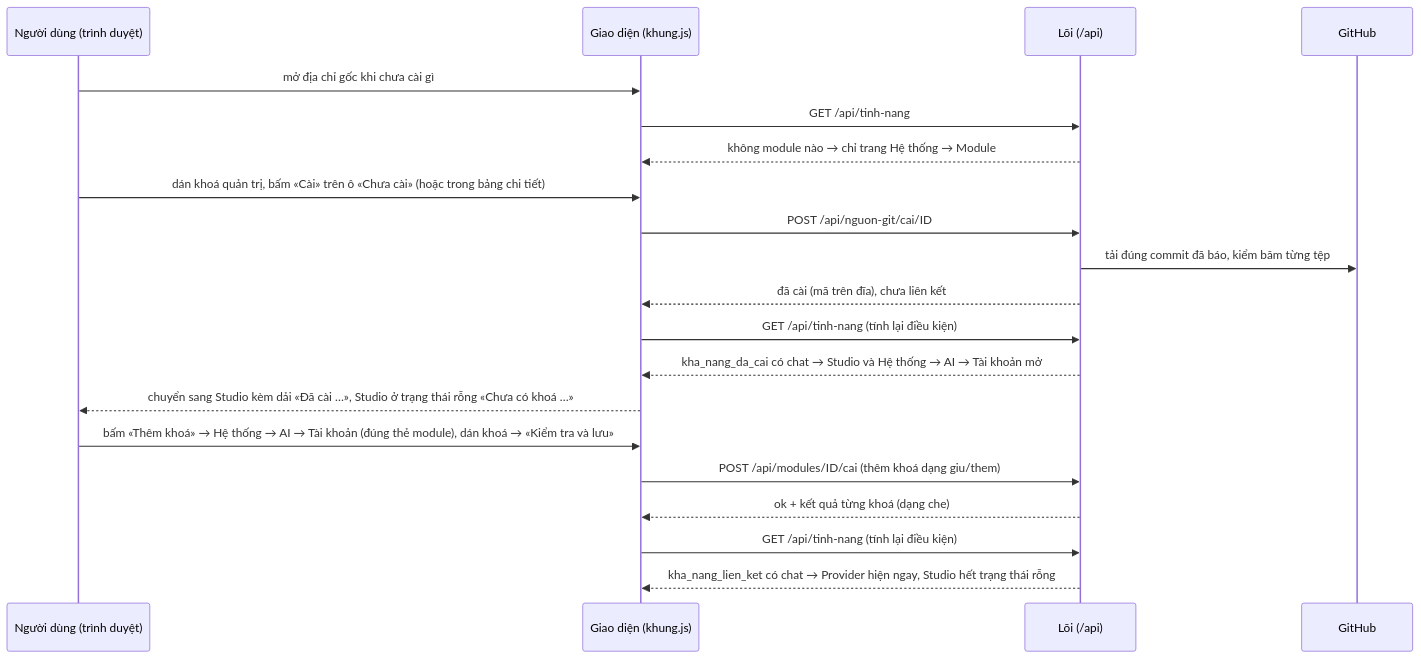
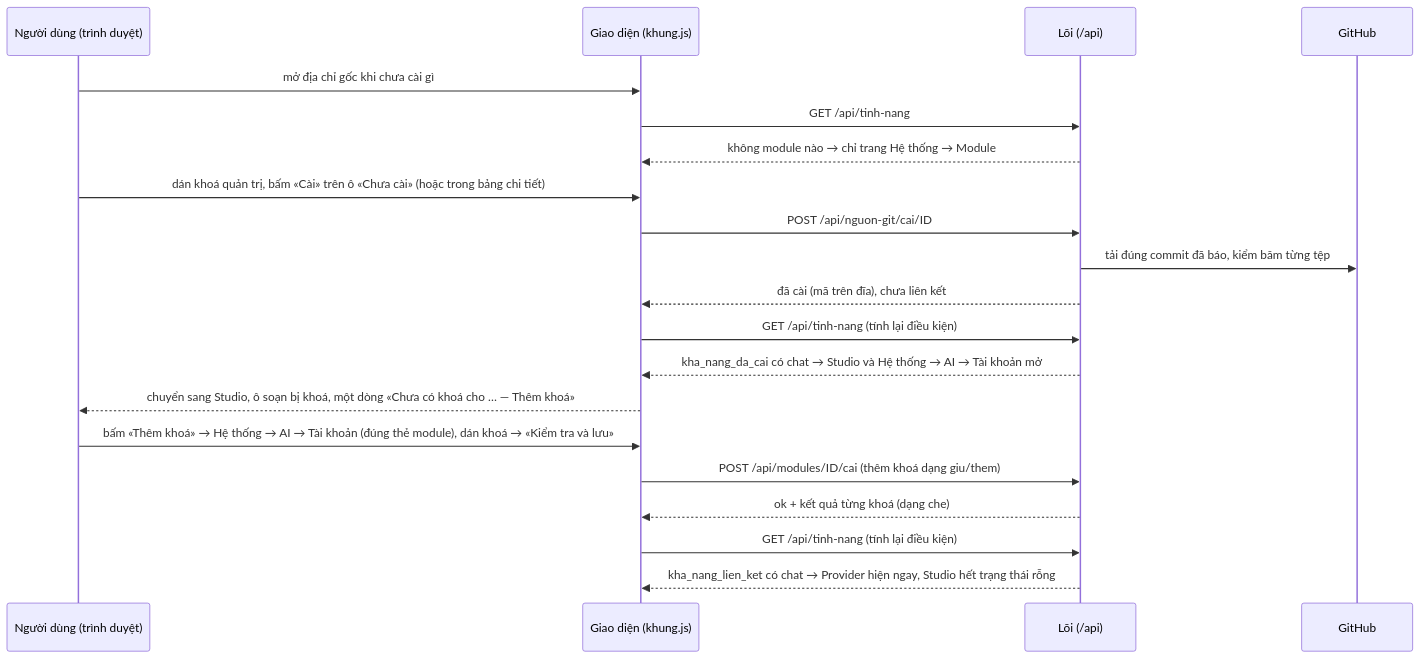
Before and after one commit to TriTue2011/web2api: the third of 3 diagrams in README.md, drawn with Mermaid. The commit also changed other lines of this file and 21 other files, not shown here.

````diff
--- a/README.md
+++ b/README.md
@@ -135,22 +135,22 @@
 ```mermaid
 sequenceDiagram
   participant U as Người dùng (trình duyệt)
   participant G as Giao diện (khung.js)
   participant L as Lõi (/api)
   participant H as GitHub
   U->>G: mở địa chỉ gốc khi chưa cài gì
   G->>L: GET /api/tinh-nang
   L-->>G: không module nào → chỉ trang Hệ thống → Module
   U->>G: dán khoá quản trị, bấm «Cài» trên ô «Chưa cài» (hoặc trong bảng chi tiết)
   G->>L: POST /api/nguon-git/cai/ID
   L->>H: tải đúng commit đã báo, kiểm băm từng tệp
   L-->>G: đã cài (mã trên đĩa), chưa liên kết
   G->>L: GET /api/tinh-nang (tính lại điều kiện)
   L-->>G: kha_nang_da_cai có chat → Studio và Hệ thống → AI → Tài khoản mở
-  G-->>U: chuyển sang Studio kèm dải «Đã cài …», Studio ở trạng thái rỗng «Chưa có khoá …»
+  G-->>U: chuyển sang Studio, ô soạn bị khoá, một dòng «Chưa có khoá cho … — Thêm khoá»
   U->>G: bấm «Thêm khoá» → Hệ thống → AI → Tài khoản (đúng thẻ module), dán khoá → «Kiểm tra và lưu»
   G->>L: POST /api/modules/ID/cai (thêm khoá dạng giu/them)
   L-->>G: ok + kết quả từng khoá (dạng che)
   G->>L: GET /api/tinh-nang (tính lại điều kiện)
   L-->>G: kha_nang_lien_ket có chat → Provider hiện ngay, Studio hết trạng thái rỗng
 ```
````
